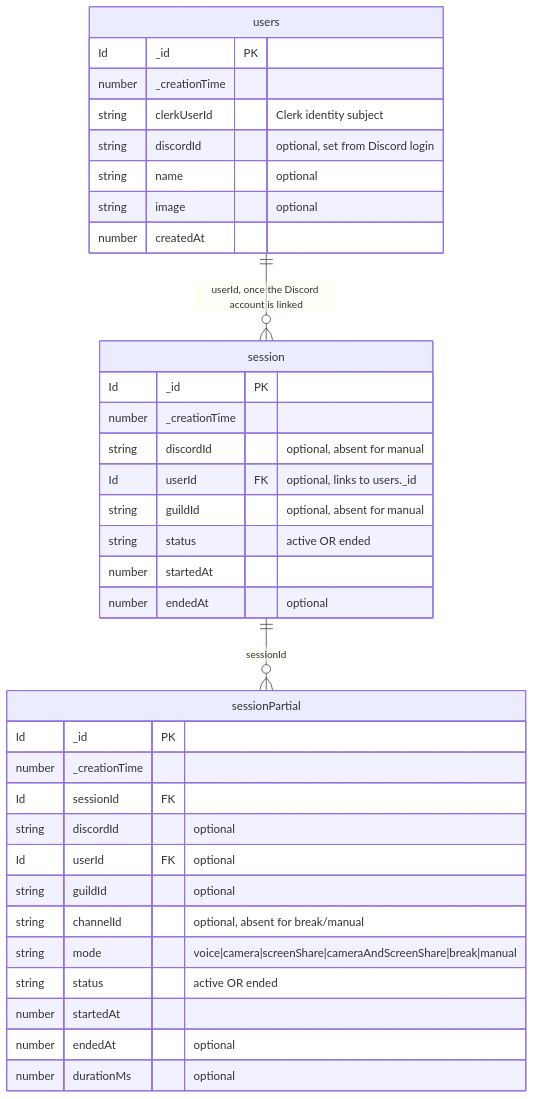
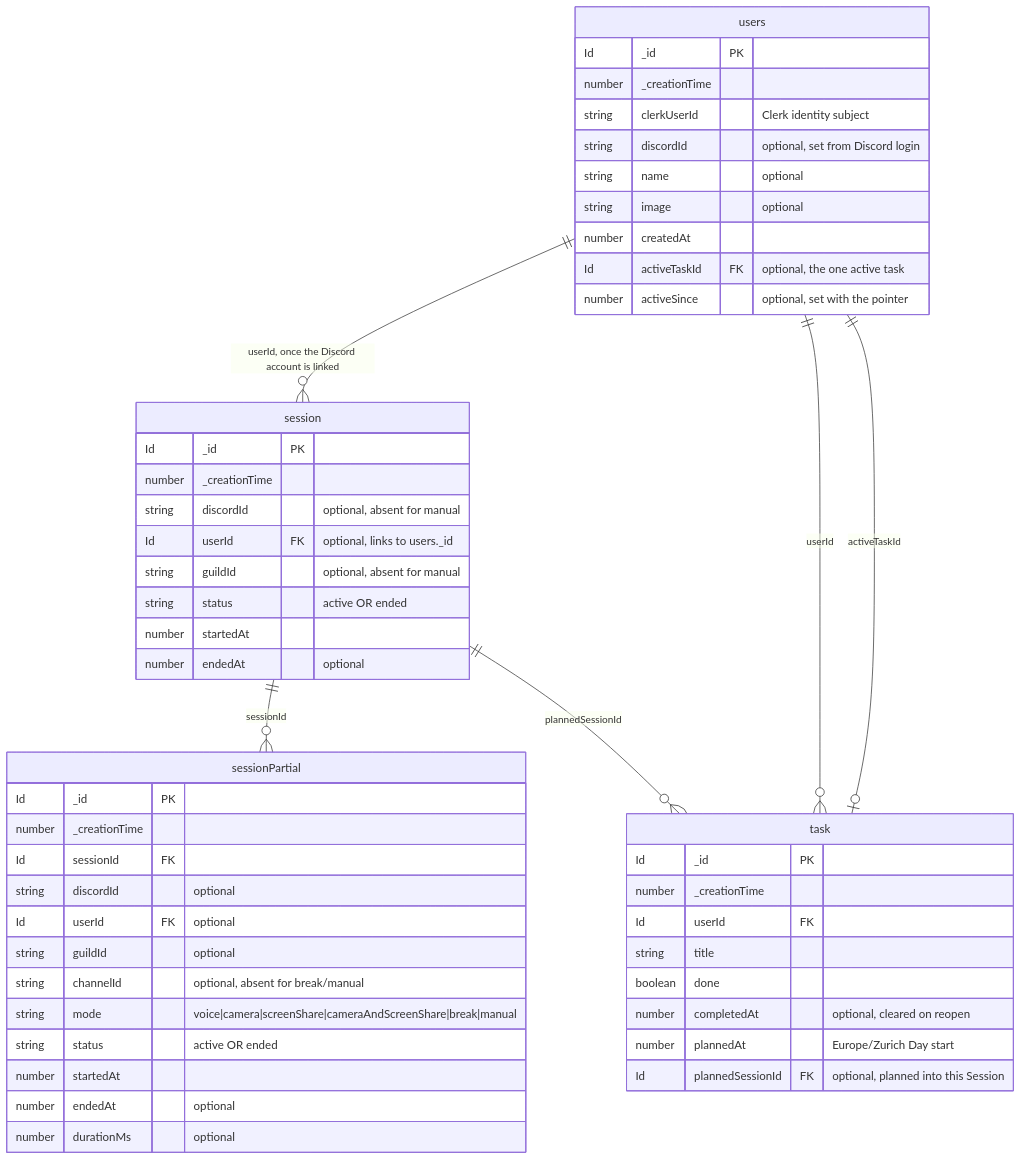
One commit to simonlearnscoding/studytrack changed the first of 2 diagrams in docs/vault/data-model.md. Above: the diagram before and after it, drawn with Mermaid. The commit also changed other lines of this file and 17 other files, not shown here.

Commit message:
feat(backend): plan tasks by Day and persist the active task

````diff
--- a/docs/vault/data-model.md
+++ b/docs/vault/data-model.md
@@ -36,41 +37,57 @@
 ```mermaid
 erDiagram
     users {
         Id _id PK
         number _creationTime
         string clerkUserId "Clerk identity subject"
         string discordId "optional, set from Discord login"
         string name "optional"
         string image "optional"
         number createdAt
+        Id activeTaskId FK "optional, the one active task"
+        number activeSince "optional, set with the pointer"
     }
 
     session {
         Id _id PK
         number _creationTime
         string discordId "optional, absent for manual"
         Id userId FK "optional, links to users._id"
         string guildId "optional, absent for manual"
         string status "active OR ended"
         number startedAt
         number endedAt "optional"
     }
 
     sessionPartial {
         Id _id PK
         number _creationTime
         Id sessionId FK
         string discordId "optional"
         Id userId FK "optional"
         string guildId "optional"
         string channelId "optional, absent for break/manual"
         string mode "voice|camera|screenShare|cameraAndScreenShare|break|manual"
         string status "active OR ended"
         number startedAt
         number endedAt "optional"
         number durationMs "optional"
     }
 
+    task {
+        Id _id PK
+        number _creationTime
+        Id userId FK
+        string title
+        boolean done
+        number completedAt "optional, cleared on reopen"
+        number plannedAt "Europe/Zurich Day start"
+        Id plannedSessionId FK "optional, planned into this Session"
+    }
+
     users ||--o{ session : "userId, once the Discord account is linked"
     session ||--o{ sessionPartial : "sessionId"
+    users ||--o{ task : "userId"
+    users ||--o| task : "activeTaskId"
+    session ||--o{ task : "plannedSessionId"
 ```
````
